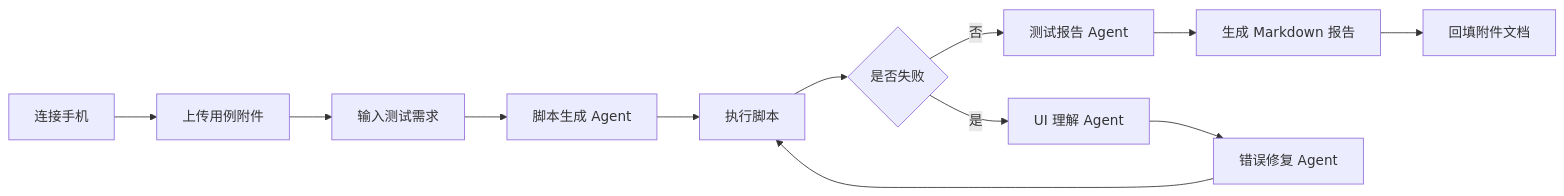
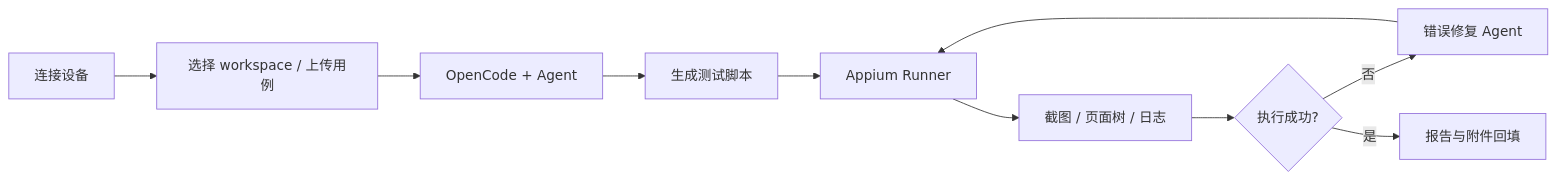
One commit to Zedex666/AI_Mobile_Test_Studio_Codex changed the diagram in docs/PROJECT_DESIGN.md. Above: the diagram before and after it, drawn with Mermaid. The commit also changed other lines of this file and 46 other files, not shown here.

````diff
--- a/docs/PROJECT_DESIGN.md
+++ b/docs/PROJECT_DESIGN.md
@@ -77,14 +51,12 @@
 ```mermaid
 flowchart LR
-    A["连接手机"] --> B["上传用例附件"]
-    B --> C["输入测试需求"]
-    C --> D["脚本生成 Agent"]
-    D --> E["执行脚本"]
-    E --> F{"是否失败"}
-    F -- "否" --> G["测试报告 Agent"]
-    F -- "是" --> H["UI 理解 Agent"]
-    H --> I["错误修复 Agent"]
-    I --> E
-    G --> J["生成 Markdown 报告"]
-    J --> K["回填附件文档"]
+    Connect["连接设备"] --> Input["选择 workspace / 上传用例"]
+    Input --> AI["OpenCode + Agent"]
+    AI --> Generate["生成测试脚本"]
+    Generate --> Run["Appium Runner"]
+    Run --> Observe["截图 / 页面树 / 日志"]
+    Observe --> Judge{"执行成功?"}
+    Judge -- 否 --> Fix["错误修复 Agent"]
+    Fix --> Run
+    Judge -- 是 --> Report["报告与附件回填"]
 ```
````
